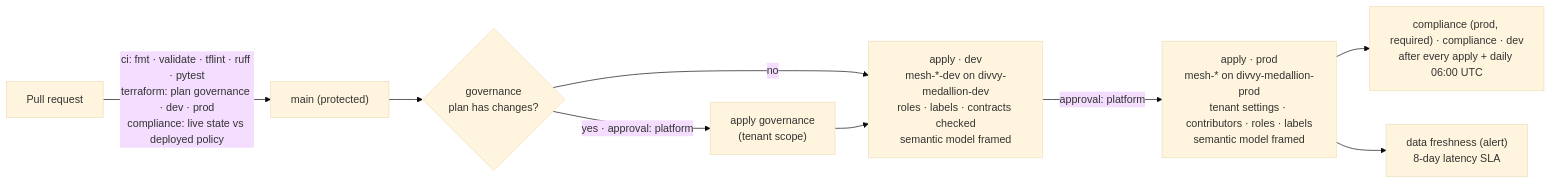
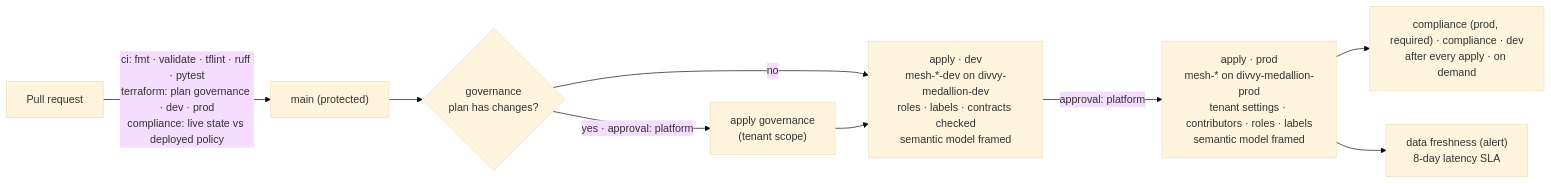
One commit to felipecastro-data/fabric-domain-architecture-purview-governance changed the fourth of 4 diagrams in README.md. Above: the diagram before and after it, drawn with Mermaid (base theme). The commit also changed other lines of this file, not shown here.

Commit message:
README: compliance schedule paused, tool count, API-retirement lesson

````diff
--- a/README.md
+++ b/README.md
@@ -174,11 +173,11 @@
 ```mermaid
 flowchart LR
     PR["Pull request"] -->|"ci: fmt · validate · tflint · ruff · pytest<br/>terraform: plan governance · dev · prod<br/>compliance: live state vs deployed policy"| Main["main (protected)"]
     Main --> GP{"governance<br/>plan has changes?"}
     GP -->|"yes · approval: platform"| G["apply governance<br/>(tenant scope)"]
     GP -->|no| Dev
     G --> Dev["apply · dev<br/>mesh-*-dev on divvy-medallion-dev<br/>roles · labels · contracts checked<br/>semantic model framed"]
     Dev -->|"approval: platform"| Prod["apply · prod<br/>mesh-* on divvy-medallion-prod<br/>tenant settings · contributors · roles · labels<br/>semantic model framed"]
-    Prod --> C["compliance (prod, required) · compliance · dev<br/>after every apply + daily 06:00 UTC"]
+    Prod --> C["compliance (prod, required) · compliance · dev<br/>after every apply · on demand"]
     Prod --> F["data freshness (alert)<br/>8-day latency SLA"]
 ```
````
